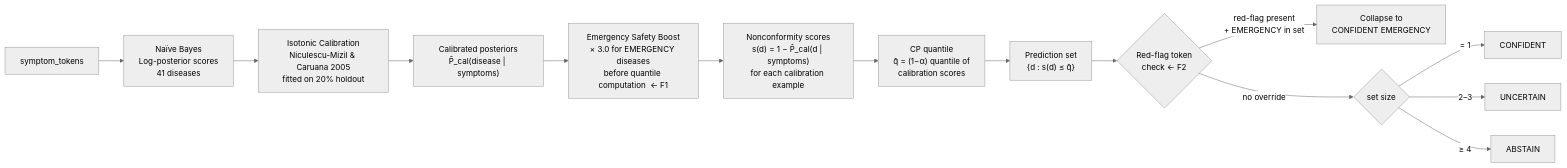
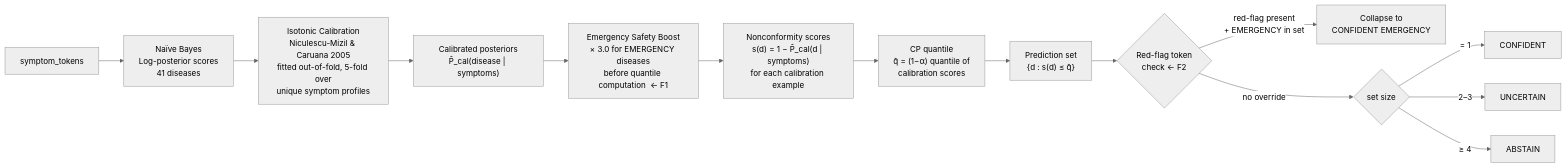
One commit to Rishii-10/GMU changed the third of 8 diagrams in triage-poc/rule_engine_design_final.md. Above: the diagram before and after it, drawn with Mermaid (neutral theme). The commit also changed other lines of this file, not shown here.

````diff
--- a/triage-poc/rule_engine_design_final.md
+++ b/triage-poc/rule_engine_design_final.md
@@ -143,16 +143,16 @@
 ```mermaid
 flowchart LR
     A["symptom_tokens"] --> B["Naïve Bayes\nLog-posterior scores\n41 diseases"]
-    B --> C["Isotonic Calibration\nNiculescu-Mizil & Caruana 2005\nfitted on 20% holdout"]
+    B --> C["Isotonic Calibration\nNiculescu-Mizil & Caruana 2005\nfitted out-of-fold, 5-fold over\nunique symptom profiles"]
     C --> D["Calibrated posteriors\nP̂_cal(disease | symptoms)"]
     D --> E["Emergency Safety Boost\n× 3.0 for EMERGENCY diseases\nbefore quantile computation  ← F1"]
     E --> F["Nonconformity scores\ns(d) = 1 − P̂_cal(d | symptoms)\nfor each calibration example"]
     F --> G["CP quantile\nq̂ = (1−α) quantile of\ncalibration scores"]
     G --> H["Prediction set\n{d : s(d) ≤ q̂}"]
     H --> I{"Red-flag token\ncheck  ← F2"}
     I -- "red-flag present\n+ EMERGENCY in set" --> J["Collapse to\nCONFIDENT EMERGENCY"]
     I -- "no override" --> K{"set size"}
     K -- "= 1" --> L["CONFIDENT"]
     K -- "2–3" --> M["UNCERTAIN"]
     K -- "≥ 4" --> N["ABSTAIN"]
 ```
````
